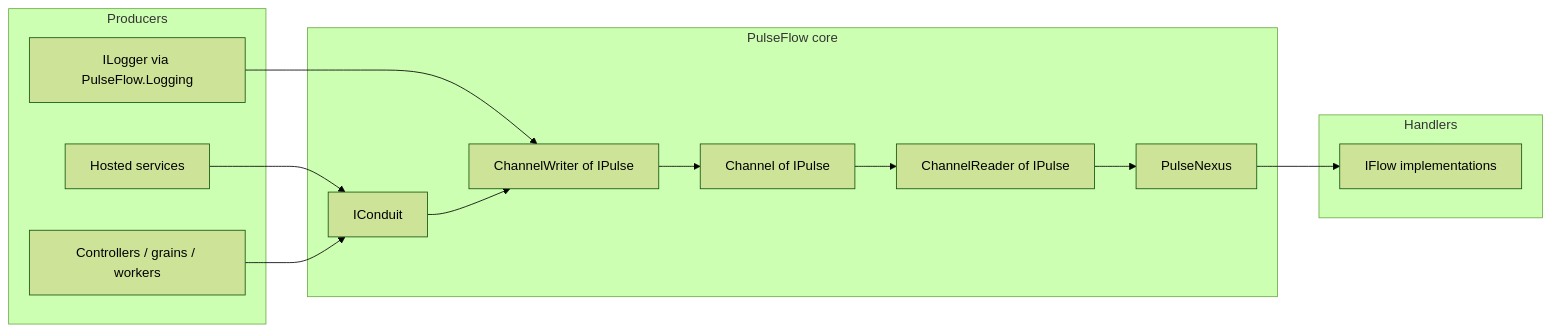
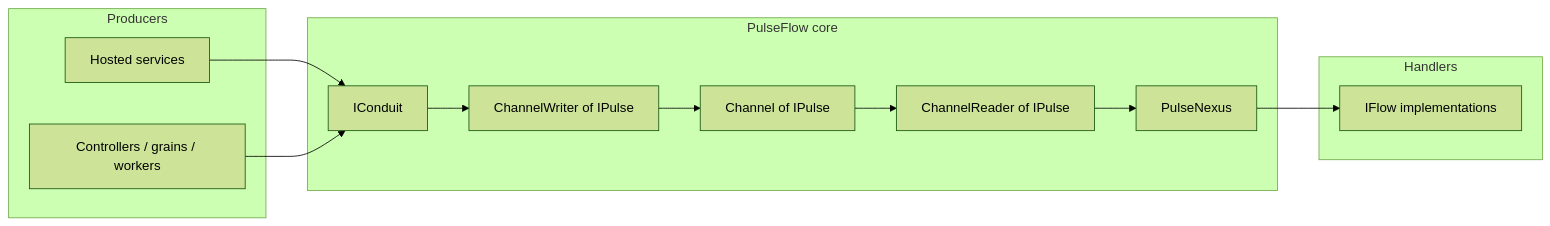
One commit to frankhaugen/Frank.PulseFlow changed the diagram in docs/architecture/runtime-model.md. Above: the diagram before and after it, drawn with Mermaid (forest theme). The commit also changed other lines of this file and 37 other files, not shown here.

````diff
--- a/docs/architecture/runtime-model.md
+++ b/docs/architecture/runtime-model.md
@@ -7,29 +7,27 @@
 ```mermaid
 flowchart LR
   subgraph Producers
     A[Hosted services]
     B[Controllers / grains / workers]
-    C[ILogger via PulseFlow.Logging]
   end
 
   subgraph PulseFlow core
     IC[IConduit]
     CW[ChannelWriter of IPulse]
     CH[Channel of IPulse]
     CR[ChannelReader of IPulse]
     PN[PulseNexus]
   end
 
   subgraph Handlers
     F1[IFlow implementations]
   end
 
   A --> IC
   B --> IC
-  C --> CW
   IC --> CW
   CW --> CH
   CH --> CR
   CR --> PN
   PN --> F1
 ```
````
